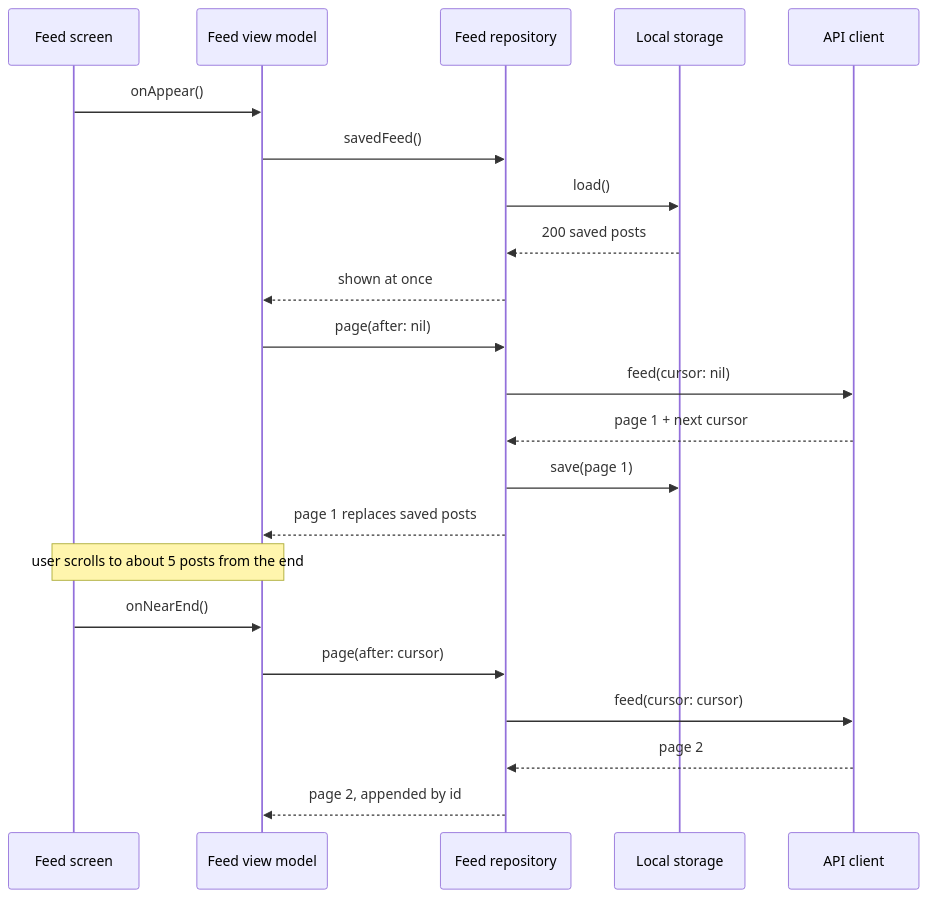
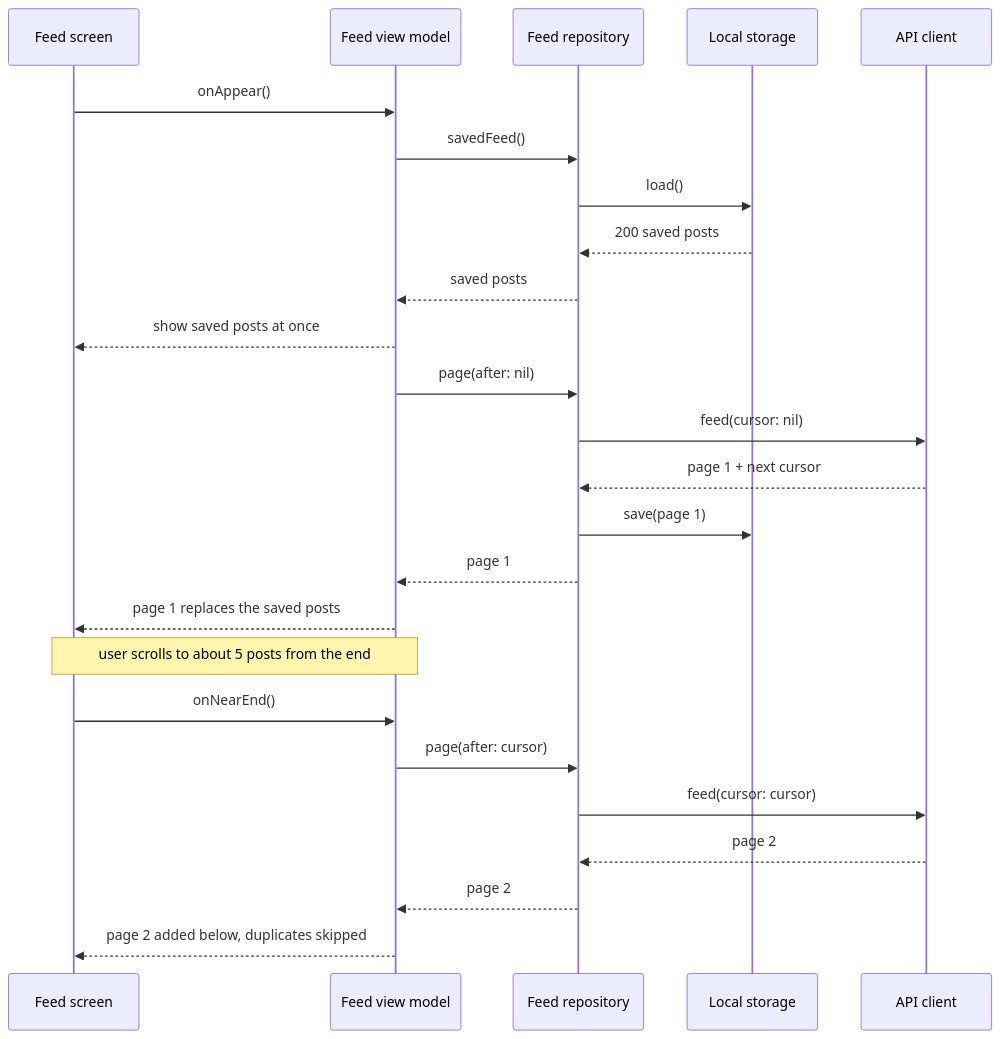
The second of 3 diagrams in topics/system-design/02-infinite-photo-feed.md (rezabina86/reference-desk), drawn with Mermaid before and after one commit. The commit also changed other lines of this file and 4 other files, not shown here.

````diff
--- a/topics/system-design/02-infinite-photo-feed.md
+++ b/topics/system-design/02-infinite-photo-feed.md
@@ -354,24 +357,27 @@
 ```mermaid
 sequenceDiagram
   participant V as Feed screen
   participant VM as Feed view model
   participant R as Feed repository
   participant S as Local storage
   participant A as API client
   V->>VM: onAppear()
   VM->>R: savedFeed()
   R->>S: load()
   S-->>R: 200 saved posts
-  R-->>VM: shown at once
+  R-->>VM: saved posts
+  VM-->>V: show saved posts at once
   VM->>R: page(after: nil)
   R->>A: feed(cursor: nil)
   A-->>R: page 1 + next cursor
   R->>S: save(page 1)
-  R-->>VM: page 1 replaces saved posts
+  R-->>VM: page 1
+  VM-->>V: page 1 replaces the saved posts
   Note over V,VM: user scrolls to about 5 posts from the end
   V->>VM: onNearEnd()
   VM->>R: page(after: cursor)
   R->>A: feed(cursor: cursor)
   A-->>R: page 2
-  R-->>VM: page 2, appended by id
+  R-->>VM: page 2
+  VM-->>V: page 2 added below, duplicates skipped
 ```
````
